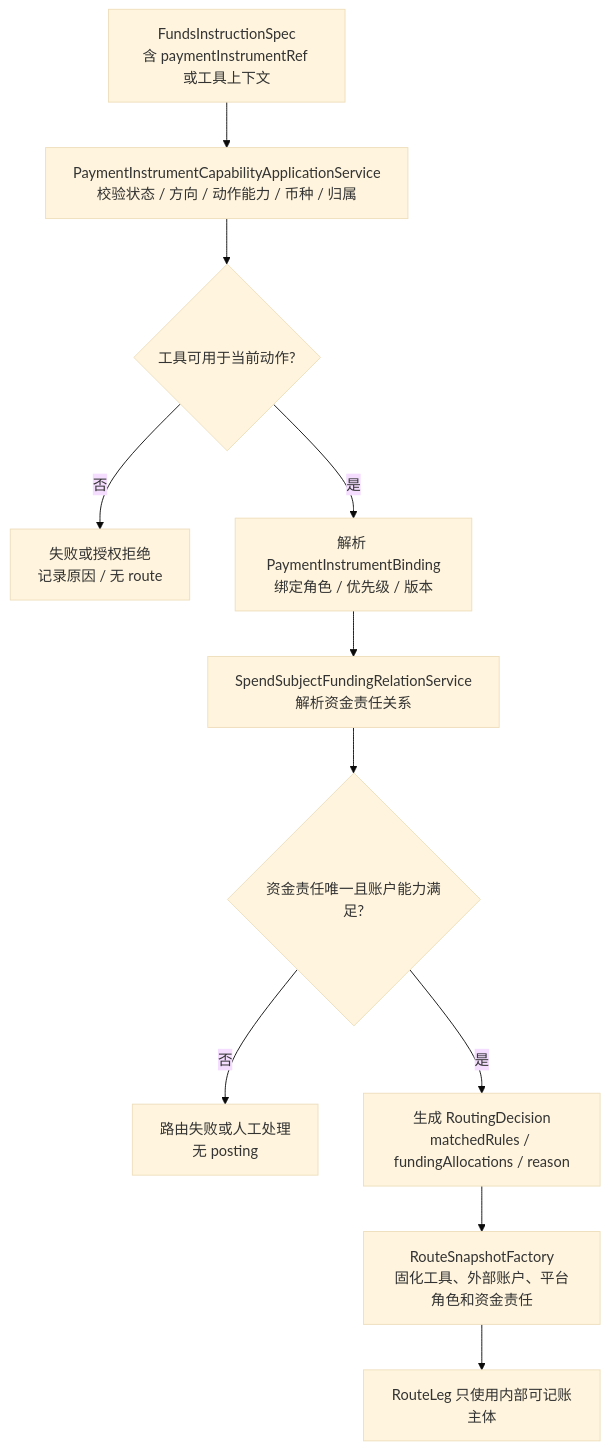
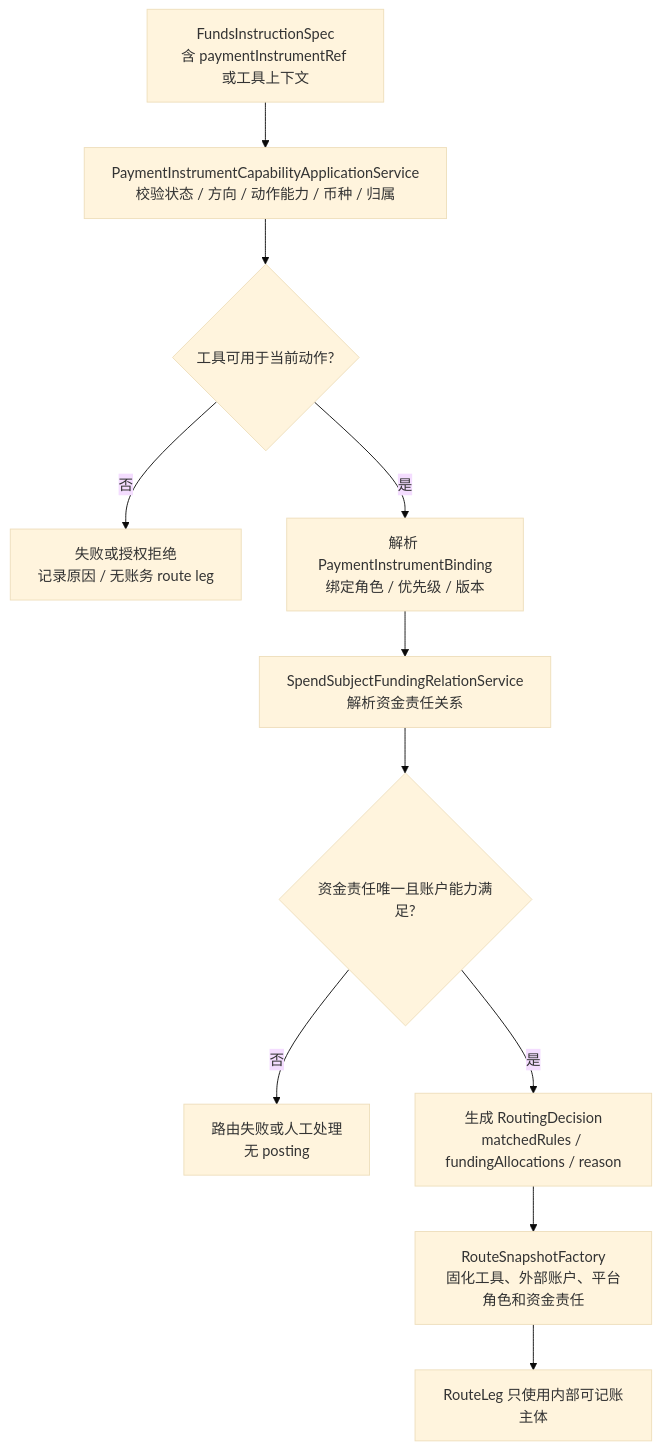
Diagram 13 of 18 in docs/系分设计/02-交易路由钱包账目与投影系分设计.md (fengwuxp/wind-funds), drawn with Mermaid (base theme) before and after one commit. The commit also changed other lines of this file and 16 other files, not shown here.

````diff
--- a/docs/系分设计/02-交易路由钱包账目与投影系分设计.md
+++ b/docs/系分设计/02-交易路由钱包账目与投影系分设计.md
@@ -869,13 +869,13 @@
 ```mermaid
 flowchart TD
     A["FundsInstructionSpec\n含 paymentInstrumentRef 或工具上下文"] --> B["PaymentInstrumentCapabilityApplicationService\n校验状态 / 方向 / 动作能力 / 币种 / 归属"]
     B --> C{"工具可用于当前动作?"}
-    C -- "否" --> D["失败或授权拒绝\n记录原因 / 无 route"]
+    C -- "否" --> D["失败或授权拒绝\n记录原因 / 无账务 route leg"]
     C -- "是" --> E["解析 PaymentInstrumentBinding\n绑定角色 / 优先级 / 版本"]
     E --> F["SpendSubjectFundingRelationService\n解析资金责任关系"]
     F --> G{"资金责任唯一且账户能力满足?"}
     G -- "否" --> H["路由失败或人工处理\n无 posting"]
     G -- "是" --> I["生成 RoutingDecision\nmatchedRules / fundingAllocations / reason"]
     I --> J["RouteSnapshotFactory\n固化工具、外部账户、平台角色和资金责任"]
     J --> K["RouteLeg 只使用内部可记账主体"]
 ```
````
